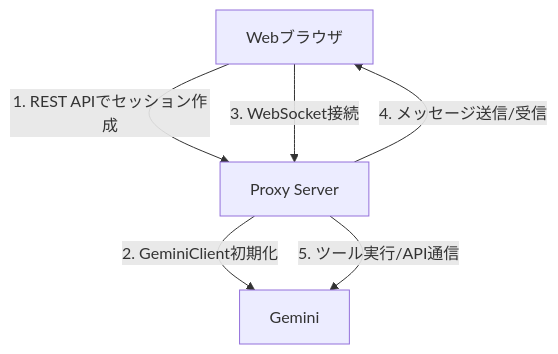
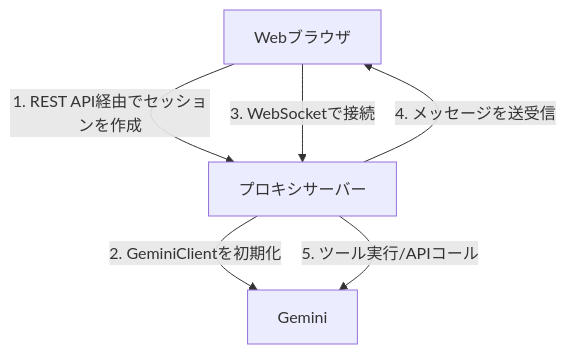
Before and after one commit to koduki/gemini-cli-proxy: the diagram in README.ja.md, drawn with Mermaid. The commit also changed other lines of this file and 3 other files, not shown here.

````diff
--- a/README.ja.md
+++ b/README.ja.md
@@ -25,8 +27,8 @@
 ```mermaid
 graph TB
-    Client[Webブラウザ] -- 1. REST APIでセッション作成 --> Server[Proxy Server]
-    Server -- 2. GeminiClient初期化 --> Gemini
-    Client -- 3. WebSocket接続 --> Server
-    Server -- 4. メッセージ送信/受信 --> Client
-    Server -- 5. ツール実行/API通信 --> Gemini
+    クライアント[Webブラウザ] -- 1. REST API経由でセッションを作成 --> サーバー[プロキシサーバー]
+    サーバー -- 2. GeminiClientを初期化 --> Gemini
+    クライアント -- 3. WebSocketで接続 --> サーバー
+    サーバー -- 4. メッセージを送受信 --> クライアント
+    サーバー -- 5. ツール実行/APIコール --> Gemini
 ```
````
